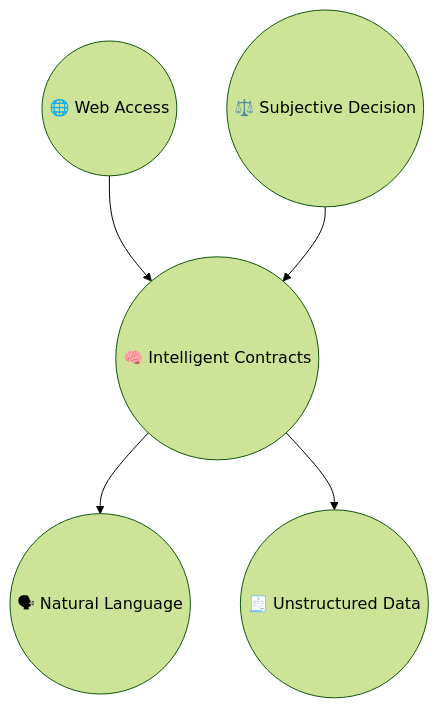
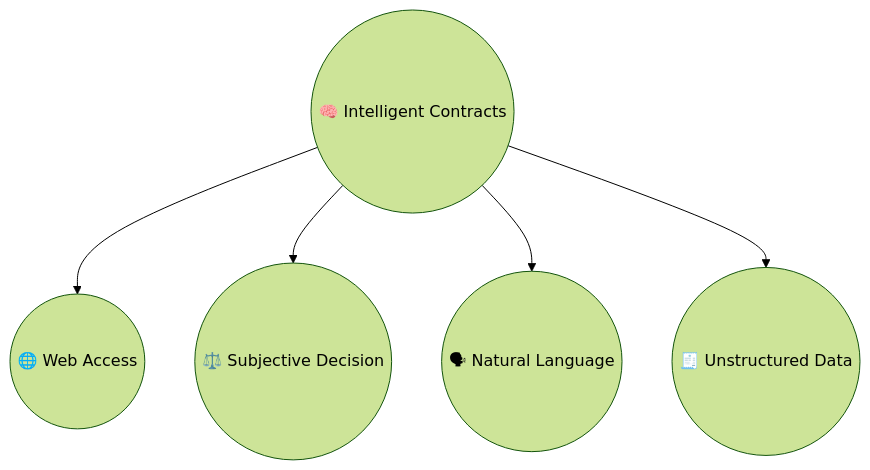
The first of 2 diagrams in content/genlayer-intelligent-contracts.md (mcmoodoo/mcmoodoo-blog), drawn with Mermaid (forest theme) before and after one commit. The commit also changed other lines of this file, not shown here.

Commit message:
genlayer visuals improved

````diff
--- a/content/genlayer-intelligent-contracts.md
+++ b/content/genlayer-intelligent-contracts.md
@@ -35,13 +35,13 @@
 ```mermaid
 graph TD
     web((🌐 Web Access))
     decision((⚖️ Subjective Decision))
     brain((🧠 Intelligent Contracts))
     language((🗣 Natural Language))
     data((🧾 Unstructured Data))
 
-    web --> brain
-    decision --> brain
+    brain --> web
+    brain --> decision
     brain --> language
     brain --> data
 ```
````
